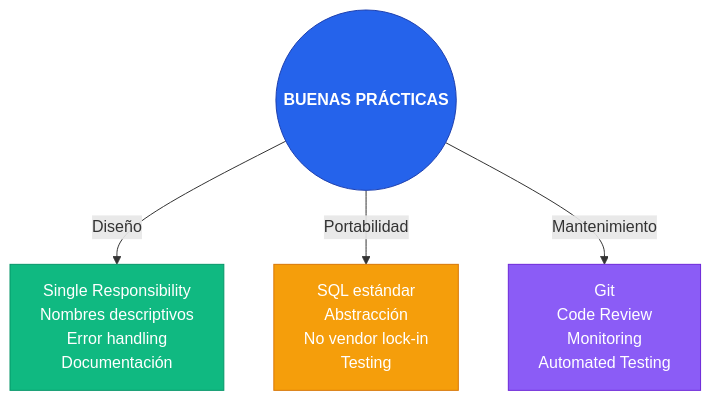
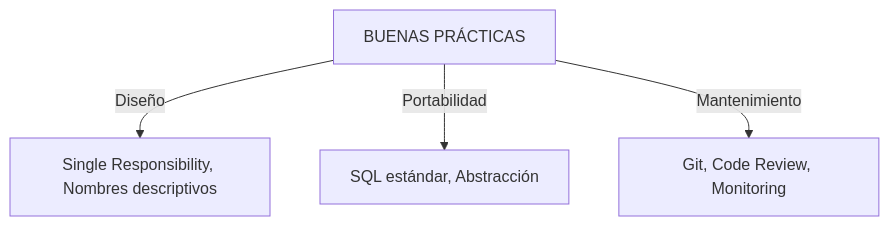
Before and after one commit to rraulherediaa/PracticasEstructurasDatos: diagram 12 of 12 in diagramas.md, drawn with Mermaid. The commit also changed other lines of this file and 1 other file, not shown here.

Commit message:
fix: simplificar diagramas Mermaid al máximo para asegurar compatibilidad total

````diff
--- a/diagramas.md
+++ b/diagramas.md
@@ -249,17 +146,8 @@
 ```mermaid
 flowchart TD
-    Best(("BUENAS PRÁCTICAS"))
+    Best["BUENAS PRÁCTICAS"]
     
-    Best -->|Diseño| DES["Single Responsibility<br/>Nombres descriptivos<br/>Error handling<br/>Documentación"]
-    Best -->|Portabilidad| POR["SQL estándar<br/>Abstracción<br/>No vendor lock-in<br/>Testing"]
-    Best -->|Mantenimiento| MAINT["Git<br/>Code Review<br/>Monitoring<br/>Automated Testing"]
-
-    classDef central fill:#2563eb,color:#fff,font-weight:bold,stroke:#1e40af
-    classDef design fill:#10b981,color:#fff,stroke:#059669
-    classDef portable fill:#f59e0b,color:#fff,stroke:#d97706
-    classDef maintain fill:#8b5cf6,color:#fff,stroke:#6d28d9
-    class Best central
-    class DES design
-    class POR portable
-    class MAINT maintain
+    Best -->|Diseño| DES["Single Responsibility, Nombres descriptivos"]
+    Best -->|Portabilidad| POR["SQL estándar, Abstracción"]
+    Best -->|Mantenimiento| MAINT["Git, Code Review, Monitoring"]
 ```
````
